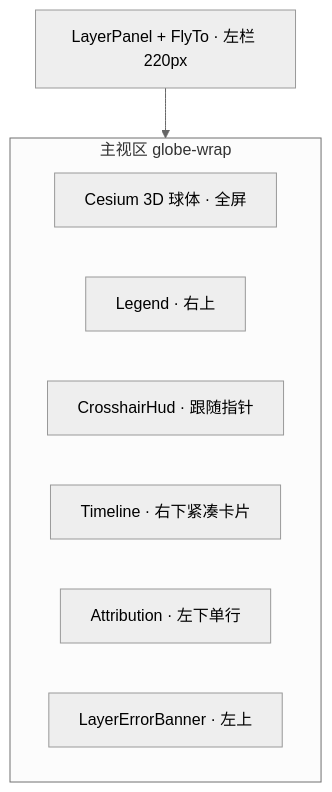
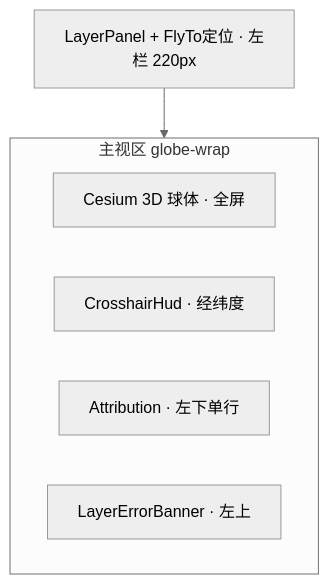
One commit to Newzhi/AiCodingLab changed the diagram in docs/design/UI_SPEC.md. Above: the diagram before and after it, drawn with Mermaid (neutral theme). The commit also changed other lines of this file and 35 other files, not shown here.

````diff
--- a/docs/design/UI_SPEC.md
+++ b/docs/design/UI_SPEC.md
@@ -14,13 +14,11 @@
 ```mermaid
 flowchart TB
   subgraph viewport["主视区 globe-wrap"]
     GLOBE["Cesium 3D 球体 · 全屏"]
-    LEGEND["Legend · 右上"]
-    HUD["CrosshairHud · 跟随指针"]
-    TIMELINE["Timeline · 右下紧凑卡片"]
+    HUD["CrosshairHud · 经纬度"]
     ATTR["Attribution · 左下单行"]
     ERR["LayerErrorBanner · 左上"]
   end
-  SIDEBAR["LayerPanel + FlyTo · 左栏 220px"]
+  SIDEBAR["LayerPanel + FlyTo定位 · 左栏 220px"]
   SIDEBAR --> viewport
 ```
````
